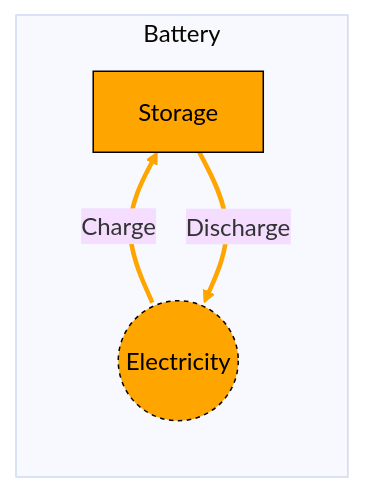
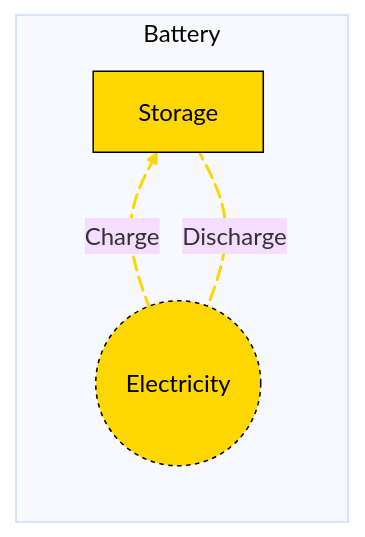
The diagram in docs/src/Manual/assets/battery.md (openmod-tracker/MacroEnergy.jl), drawn with Mermaid before and after one commit. The commit also changed other lines of this file and 10 other files, not shown here.

````diff
--- a/docs/src/Manual/assets/battery.md
+++ b/docs/src/Manual/assets/battery.md
@@ -21,12 +21,14 @@
 ```mermaid
 %%{init: {'theme': 'base', 'themeVariables': { 'background': '#D1EBDE' }}}%%
 flowchart LR
   subgraph Battery
   direction BT
-  A((Electricity)):::node1
-    A--Charge--> B[Storage] --Discharge--> A
+    A((Electricity)) e1@-->|Charge| B[Storage]
+    B e2@-->|Discharge| A
+    e1@{ animate: true }
+    e2@{ animate: true }
  end
-    style A  r:40,fill:orange,stroke:black,color:black,stroke-dasharray: 3,5;
-    style B fill:orange,stroke:black,color:black;
-    linkStyle 0,1 stroke:orange, stroke-width: 3px;
+    style A  r:55px,fill:#FFD700,stroke:black,color:black,stroke-dasharray: 3,5;
+    style B fill:#FFD700,stroke:black,color:black;
+    linkStyle 0,1 stroke:#FFD700, stroke-width: 2px;
 ```
````
